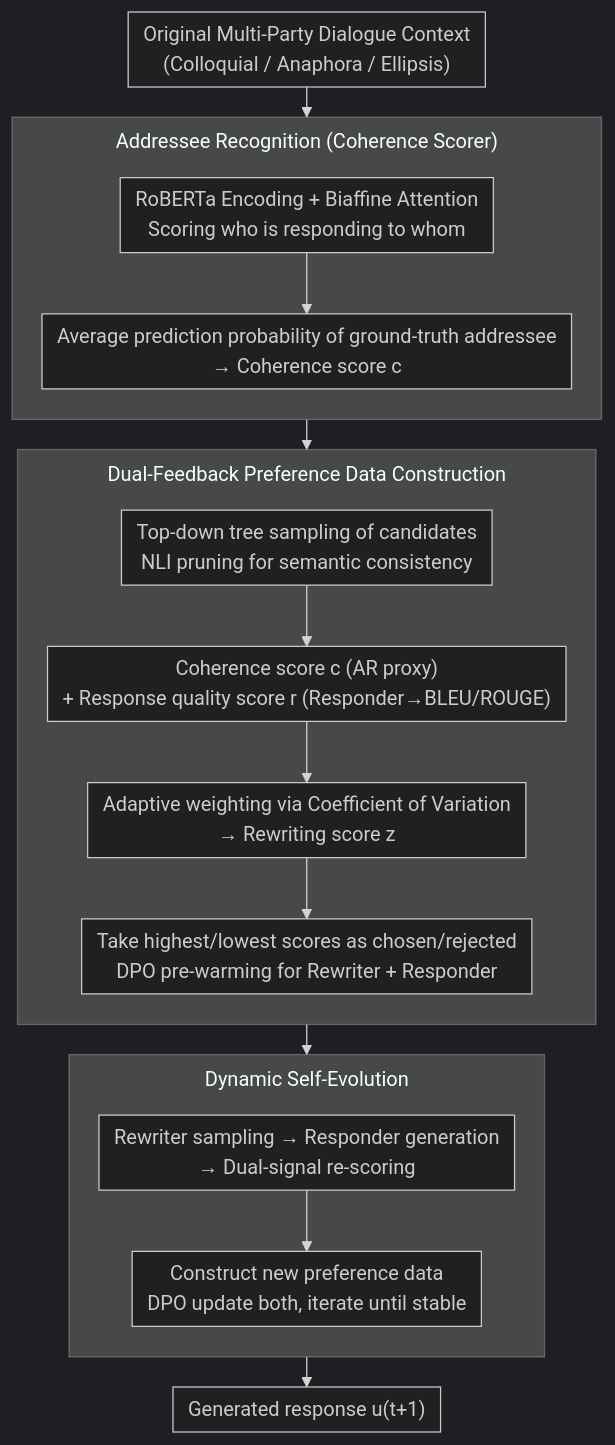
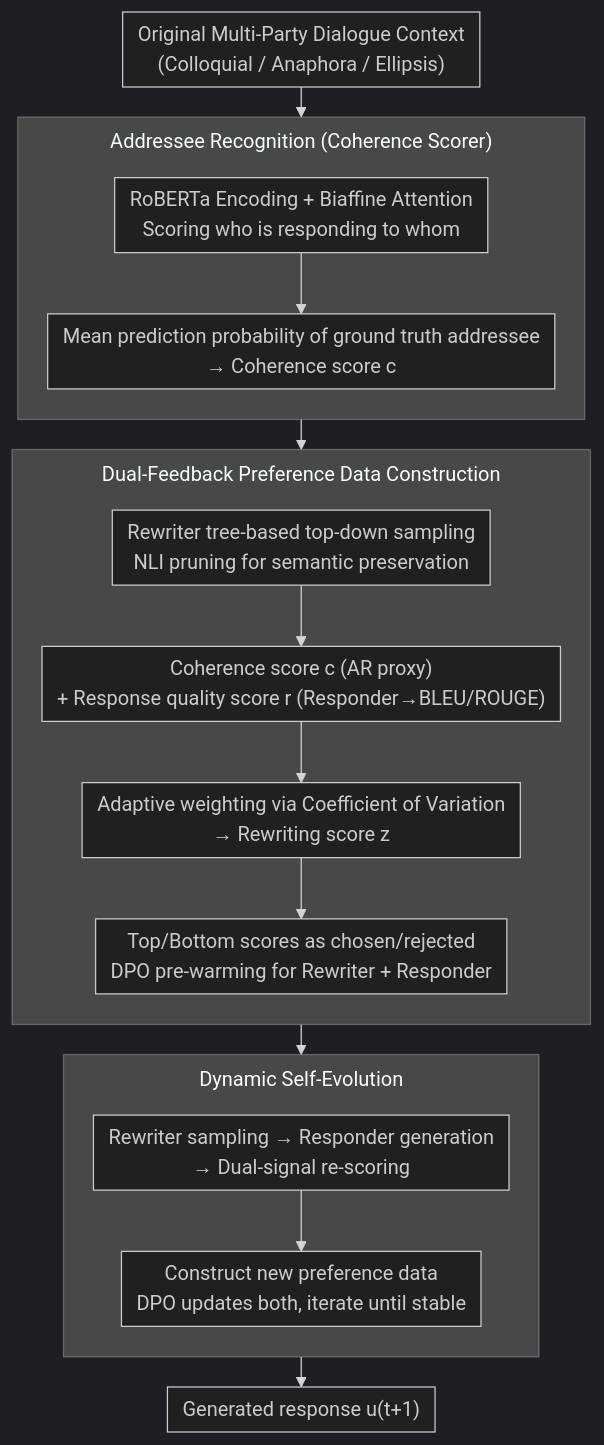
One commit to zhaoyang97/Paper-Notes-en changed the diagram in docs/ACL2026/dialogue/discourse_coherence_and_response-guided_context_rewriting_for_multi-party_dialog.md. Above: the diagram before and after it, drawn with Mermaid (dark theme). The commit also changed other lines of this file and 5084 other files, not shown here.

````diff
--- a/docs/ACL2026/dialogue/discourse_coherence_and_response-guided_context_rewriting_for_multi-party_dialog.md
+++ b/docs/ACL2026/dialogue/discourse_coherence_and_response-guided_context_rewriting_for_multi-party_dialog.md
@@ -44,28 +44,28 @@
 ```mermaid
 %%{init: {'flowchart': {'rankSpacing': 24, 'nodeSpacing': 28, 'padding': 6, 'wrappingWidth': 400, 'subGraphTitleMargin': {'top': 8, 'bottom': 16}}}}%%
 flowchart TD
     IN["Original Multi-Party Dialogue Context<br/>(Colloquial / Anaphora / Ellipsis)"] --> S1
 
     subgraph S1["Addressee Recognition (Coherence Scorer)"]
         direction TB
-        A1["RoBERTa Encoding + Biaffine Attention<br/>Scoring who is responding to whom"] --> A2["Average prediction probability of ground-truth addressee<br/>→ Coherence score c"]
+        A1["RoBERTa Encoding + Biaffine Attention<br/>Scoring who is responding to whom"] --> A2["Mean prediction probability of ground truth addressee<br/>→ Coherence score c"]
     end
 
     S1 --> S2
 
     subgraph S2["Dual-Feedback Preference Data Construction"]
         direction TB
-        B1["Top-down tree sampling of candidates<br/>NLI pruning for semantic consistency"] --> B2["Coherence score c (AR proxy)<br/>+ Response quality score r (Responder→BLEU/ROUGE)"]
+        B1["Rewriter tree-based top-down sampling<br/>NLI pruning for semantic preservation"] --> B2["Coherence score c (AR proxy)<br/>+ Response quality score r (Responder→BLEU/ROUGE)"]
         B2 --> B3["Adaptive weighting via Coefficient of Variation<br/>→ Rewriting score z"]
-        B3 --> B4["Take highest/lowest scores as chosen/rejected<br/>DPO pre-warming for Rewriter + Responder"]
+        B3 --> B4["Top/Bottom scores as chosen/rejected<br/>DPO pre-warming for Rewriter + Responder"]
     end
 
     S2 --> S3
 
     subgraph S3["Dynamic Self-Evolution"]
         direction TB
-        C1["Rewriter sampling → Responder generation<br/>→ Dual-signal re-scoring"] --> C2["Construct new preference data<br/>DPO update both, iterate until stable"]
+        C1["Rewriter sampling → Responder generation<br/>→ Dual-signal re-scoring"] --> C2["Construct new preference data<br/>DPO updates both, iterate until stable"]
     end
 
     S3 --> OUT["Generated response u(t+1)"]
 ```
````
